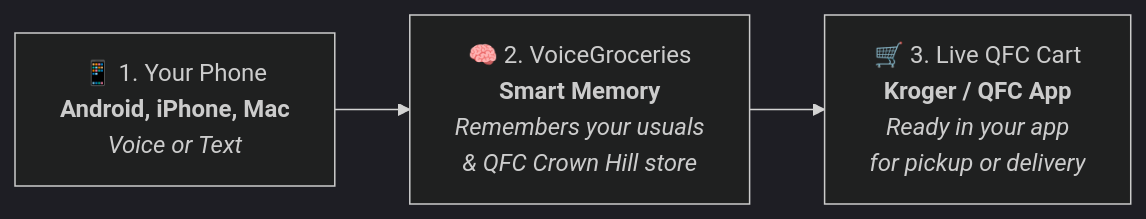
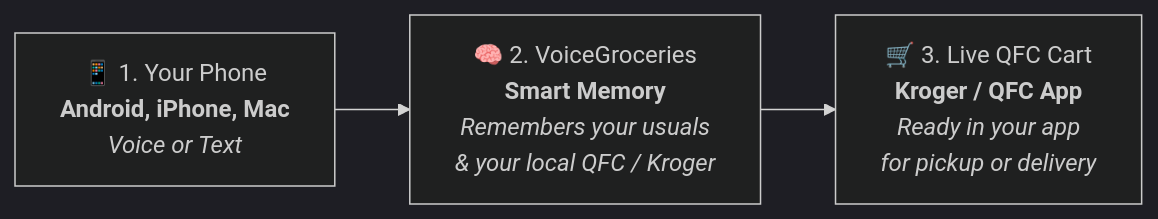
The first of 3 diagrams in README.md (ggrossvi/voice-grocery), drawn with Mermaid (dark theme) before and after one commit. The commit also changed other lines of this file, not shown here.

Commit message:
docs: generalize store references in README to your local QFC store

````diff
--- a/README.md
+++ b/README.md
@@ -9,4 +9,4 @@
 ```mermaid
 flowchart LR
-    PHONE["📱 1. Your Phone<br/><b>Android, iPhone, Mac</b><br/><i>Voice or Text</i>"] --> APP["🧠 2. VoiceGroceries<br/><b>Smart Memory</b><br/><i>Remembers your usuals<br/>& QFC Crown Hill store</i>"] --> CART["🛒 3. Live QFC Cart<br/><b>Kroger / QFC App</b><br/><i>Ready in your app<br/>for pickup or delivery</i>"]
+    PHONE["📱 1. Your Phone<br/><b>Android, iPhone, Mac</b><br/><i>Voice or Text</i>"] --> APP["🧠 2. VoiceGroceries<br/><b>Smart Memory</b><br/><i>Remembers your usuals<br/>& your local QFC / Kroger</i>"] --> CART["🛒 3. Live QFC Cart<br/><b>Kroger / QFC App</b><br/><i>Ready in your app<br/>for pickup or delivery</i>"]
 ```
````
